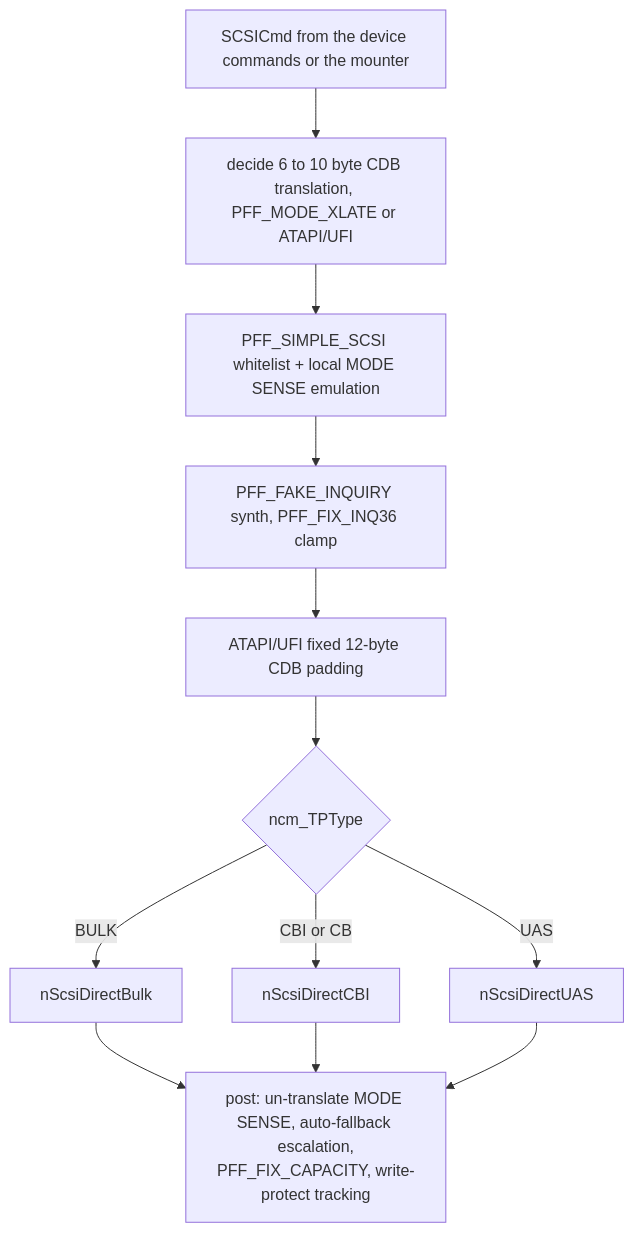
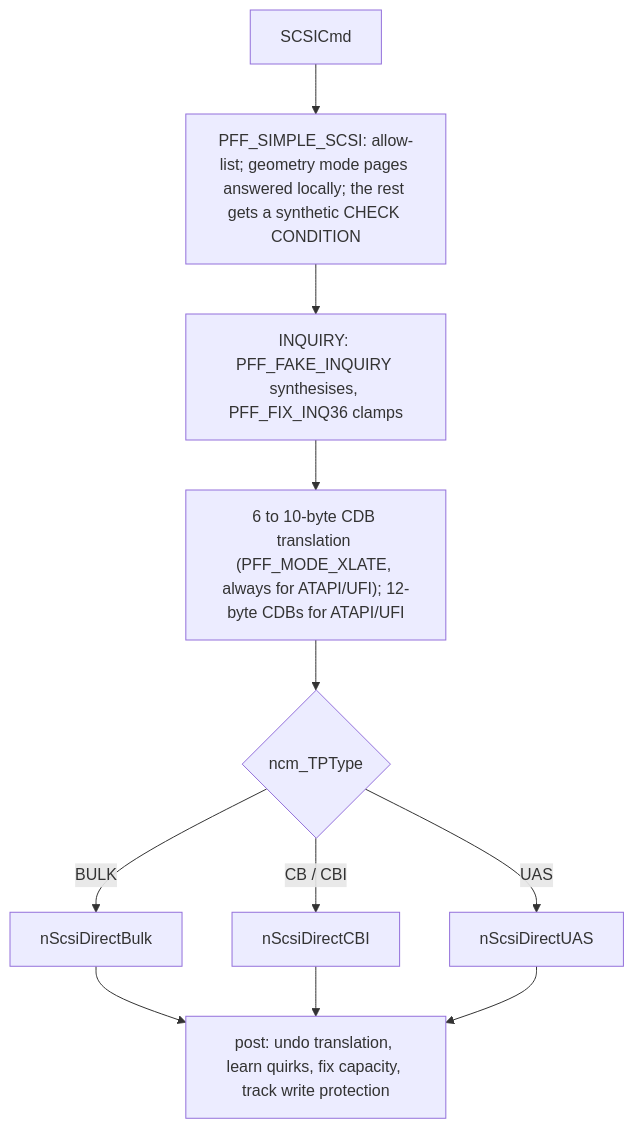
The fourth of 6 diagrams in docs/massstorage.class-architecture.md (pcotter72/neptune-usb-stack), drawn with Mermaid before and after one commit. The commit also changed other lines of this file and 18 other files, not shown here.

````diff
--- a/docs/massstorage.class-architecture.md
+++ b/docs/massstorage.class-architecture.md
@@ -335,15 +229,13 @@
 ```mermaid
 flowchart TD
-    IN["SCSICmd from the device commands or the mounter"]
-    IN --> X1["decide 6 to 10 byte CDB translation, PFF_MODE_XLATE or ATAPI/UFI"]
-    X1 --> X2["PFF_SIMPLE_SCSI whitelist + local MODE SENSE emulation"]
-    X2 --> X3["PFF_FAKE_INQUIRY synth, PFF_FIX_INQ36 clamp"]
-    X3 --> X4["ATAPI/UFI fixed 12-byte CDB padding"]
-    X4 --> DISP{ncm_TPType}
-    DISP -->|BULK| BBB["nScsiDirectBulk"]
-    DISP -->|CBI or CB| CBI["nScsiDirectCBI"]
-    DISP -->|UAS| UAS["nScsiDirectUAS"]
-    BBB --> POST["post: un-translate MODE SENSE, auto-fallback escalation,<br/>PFF_FIX_CAPACITY, write-protect tracking"]
-    CBI --> POST
-    UAS --> POST
+    IN["SCSICmd"] --> F["PFF_SIMPLE_SCSI: allow-list; geometry mode pages answered locally; the rest gets a synthetic CHECK CONDITION"]
+    F --> I["INQUIRY: PFF_FAKE_INQUIRY synthesises, PFF_FIX_INQ36 clamps"]
+    I --> X["6 to 10-byte CDB translation (PFF_MODE_XLATE, always for ATAPI/UFI); 12-byte CDBs for ATAPI/UFI"]
+    X --> T{"ncm_TPType"}
+    T -->|"BULK"| B["nScsiDirectBulk"]
+    T -->|"CB / CBI"| C["nScsiDirectCBI"]
+    T -->|"UAS"| U["nScsiDirectUAS"]
+    B --> P["post: undo translation, learn quirks, fix capacity, track write protection"]
+    C --> P
+    U --> P
 ```
````
